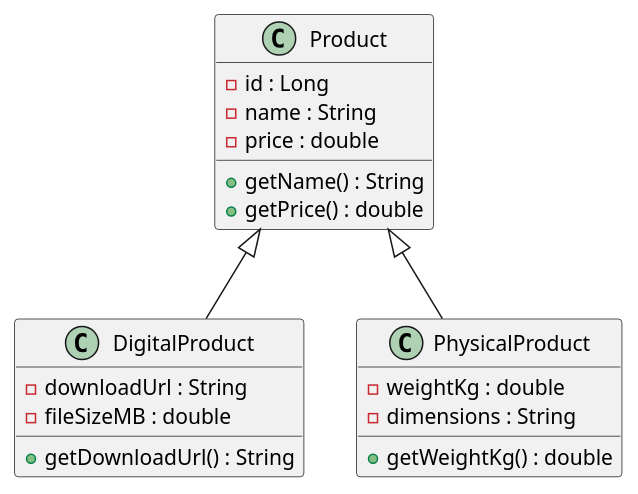
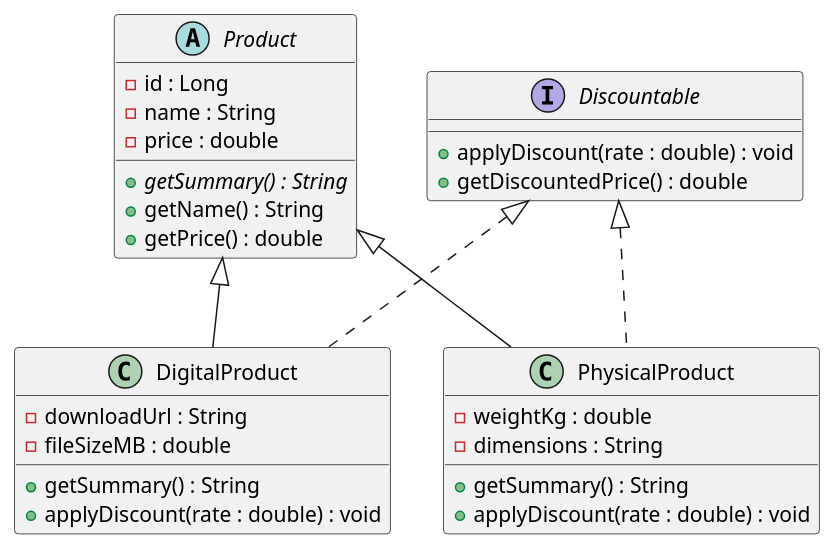
The diagram in Week-3/products-api/docs/uml/ProductHierarchy.puml (nirazanbist99/object-orientedprogramming), drawn with PlantUML before and after one commit. The commit also changed other lines of this file and 6 other files, not shown here.

Commit message:
Tutorial 5: polymorphism — getSummary override and Discountable interface

```diff
--- a/Week-3/products-api/docs/uml/ProductHierarchy.puml
+++ b/Week-3/products-api/docs/uml/ProductHierarchy.puml
@@ -1,22 +2,39 @@
 @startuml
-class Product {
-- id : Long
-- name : String
-- price : double
-+ getName() : String
-+ getPrice() : double
+
+abstract class Product {
+    - id : Long
+    - name : String
+    - price : double
+    + {abstract} getSummary() : String
+    + getName() : String
+    + getPrice() : double
 }
+
+interface Discountable {
+    + applyDiscount(rate : double) : void
+    + getDiscountedPrice() : double
+}
+
 class DigitalProduct {
-- downloadUrl : String
-- fileSizeMB : double
-+ getDownloadUrl() : String
+    - downloadUrl : String
+    - fileSizeMB : double
+    + getSummary() : String
+    + applyDiscount(rate : double) : void
 }
+
 class PhysicalProduct {
-- weightKg : double
-- dimensions : String
-+ getWeightKg() : double
+    - weightKg : double
+    - dimensions : String
+    + getSummary() : String
+    + applyDiscount(rate : double) : void
 }
-' <|-- is the inheritance arrow. The PARENT goes on the left.
+
+' Inheritance: solid arrows
 Product <|-- DigitalProduct
 Product <|-- PhysicalProduct
+
+' Interface implementation: dashed arrows
+Discountable <|.. DigitalProduct
+Discountable <|.. PhysicalProduct
+
 @enduml
```
